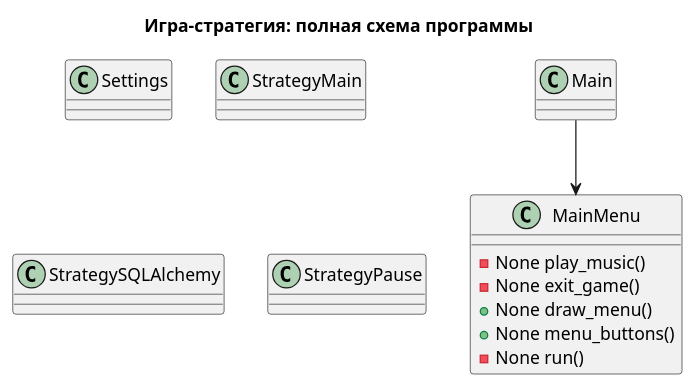
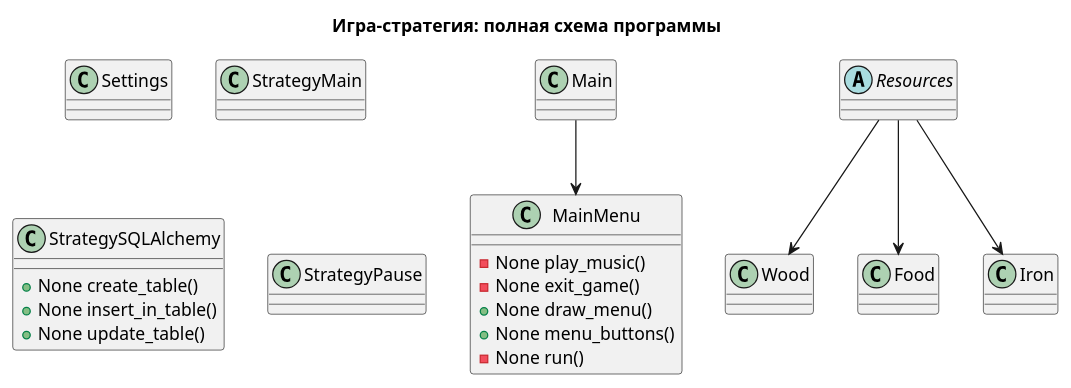
One commit to bulaseregprogramist/Strategia changed the diagram in diagram.pu. Above: the diagram before and after it, drawn with PlantUML. The commit also changed 17 other files, not shown here.

```diff
--- a/diagram.pu
+++ b/diagram.pu
@@ -1,32 +1,40 @@
 @startuml "Strategy game"
 
 
 title "Игра-стратегия: полная схема программы"
 
 class Main
 
 class MainMenu {
     - None play_music()
     - None exit_game()
     + None draw_menu()
     + None menu_buttons()
     - None run()
 }
 
 class Settings {
 
 }
 
 class StrategyMain {
 
 }
 
 class StrategySQLAlchemy {
-
+    + None create_table()
+    + None insert_in_table()
+    + None update_table()
 }
 
 class StrategyPause {
 
 }
+
+abstract Resources
+Resources --> Wood
+Resources --> Food
+Resources --> Iron
+
 Main --> MainMenu
 @enduml
```
